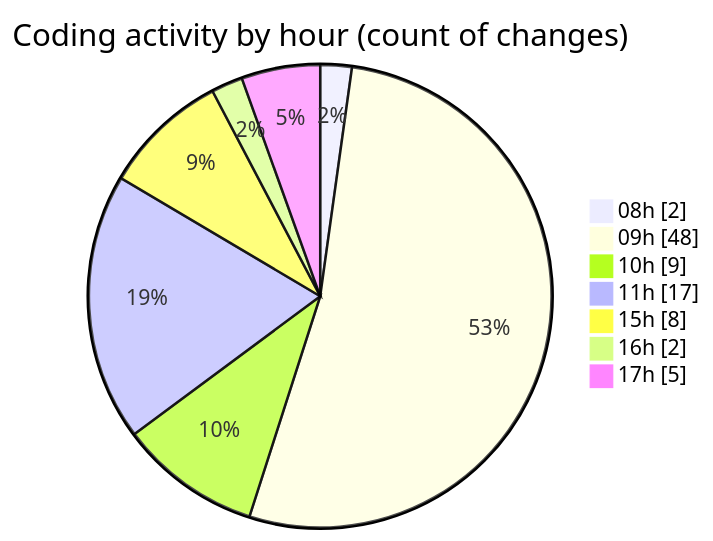
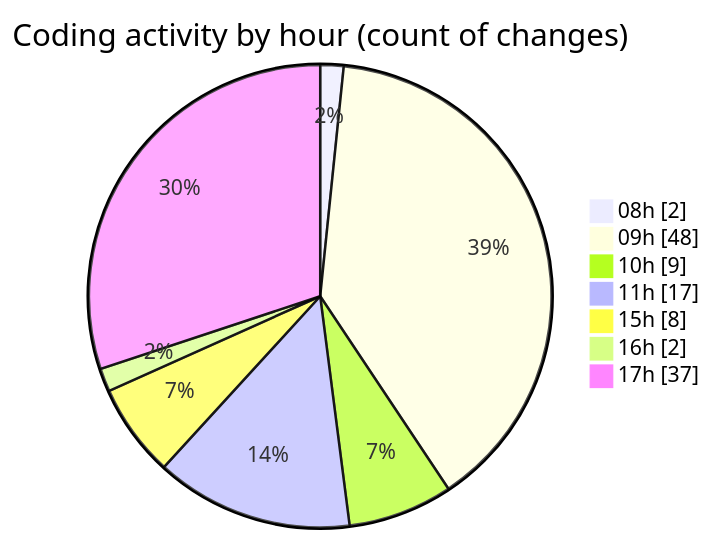
The second of 2 diagrams in 2026-06-10/cda/README.md (momahboobian/code-tracking), drawn with Mermaid before and after one commit. The commit also changed other lines of this file and 1 other file, not shown here.

````diff
--- a/2026-06-10/cda/README.md
+++ b/2026-06-10/cda/README.md
@@ -77,11 +77,11 @@
 ```mermaid
 pie showData
 title Coding activity by hour (count of changes)
 "08h" : 2
 "09h" : 48
 "10h" : 9
 "11h" : 17
 "15h" : 8
 "16h" : 2
-"17h" : 5
+"17h" : 37
 ```
````
